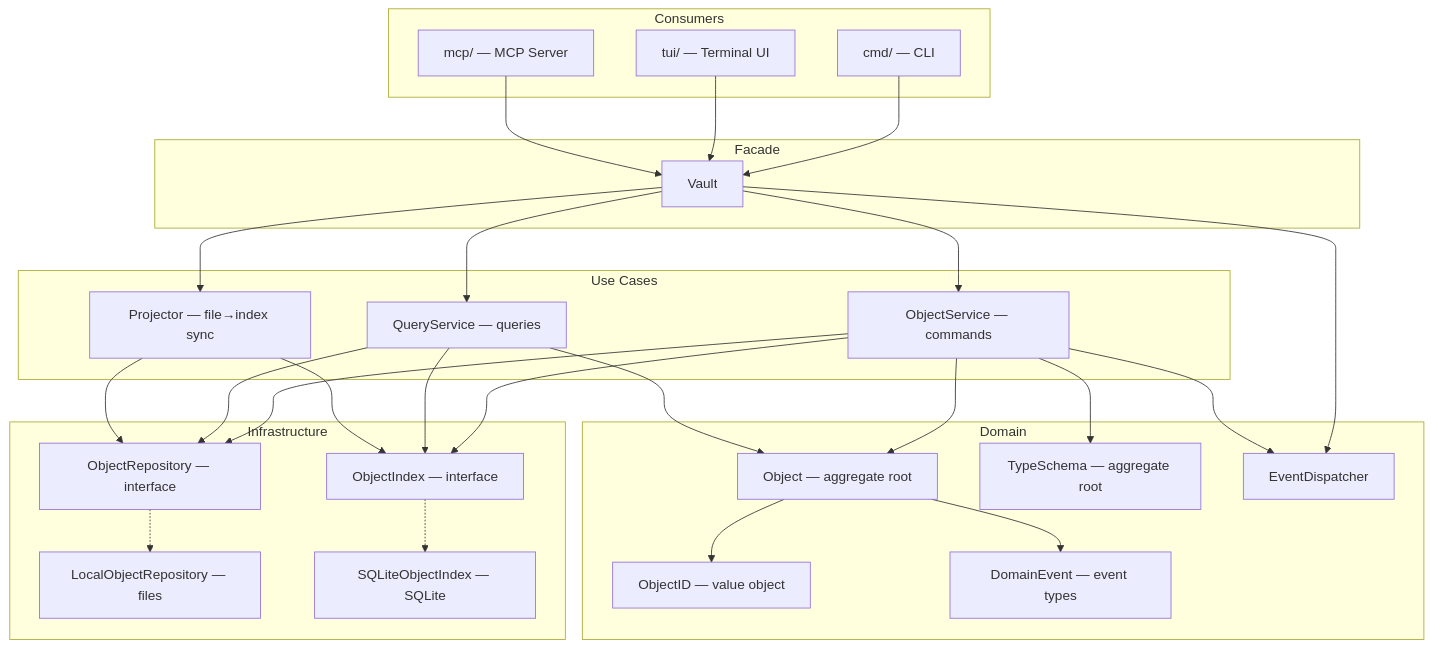
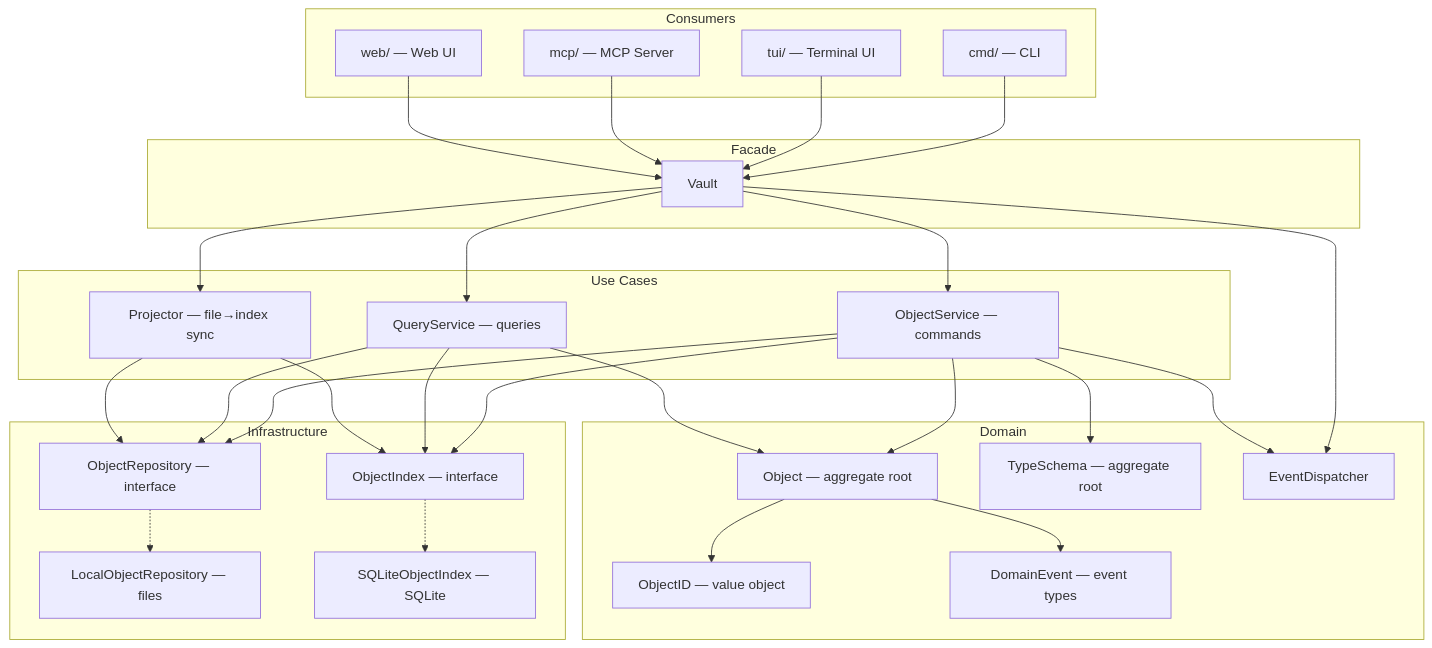
One commit to typemd/typemd changed the diagram in CLAUDE.md. Above: the diagram before and after it, drawn with Mermaid. The commit also changed other lines of this file and 34 other files, not shown here.

````diff
--- a/CLAUDE.md
+++ b/CLAUDE.md
@@ -26,60 +27,62 @@
 ```mermaid
 graph TB
     subgraph Consumers
         CMD[cmd/ — CLI]
         TUI[tui/ — Terminal UI]
         MCP[mcp/ — MCP Server]
+        WEB[web/ — Web UI]
     end
 
     subgraph Facade
         V[Vault]
     end
 
     subgraph Use Cases
         OS[ObjectService — commands]
         QS[QueryService — queries]
         PJ[Projector — file→index sync]
     end
 
     subgraph Domain
         OBJ[Object — aggregate root]
         TS[TypeSchema — aggregate root]
         OID[ObjectID — value object]
         EVT[DomainEvent — event types]
         ED[EventDispatcher]
     end
 
     subgraph Infrastructure
         REPO[ObjectRepository — interface]
         IDX[ObjectIndex — interface]
         LR[LocalObjectRepository — files]
         SI[SQLiteObjectIndex — SQLite]
     end
 
     CMD --> V
     TUI --> V
     MCP --> V
+    WEB --> V
 
     V --> OS
     V --> QS
     V --> PJ
     V --> ED
 
     OS --> REPO
     OS --> IDX
     OS --> ED
     QS --> REPO
     QS --> IDX
     PJ --> REPO
     PJ --> IDX
 
     OS --> OBJ
     OS --> TS
     QS --> OBJ
 
     REPO -.-> LR
     IDX -.-> SI
 
     OBJ --> OID
     OBJ --> EVT
 ```
````
